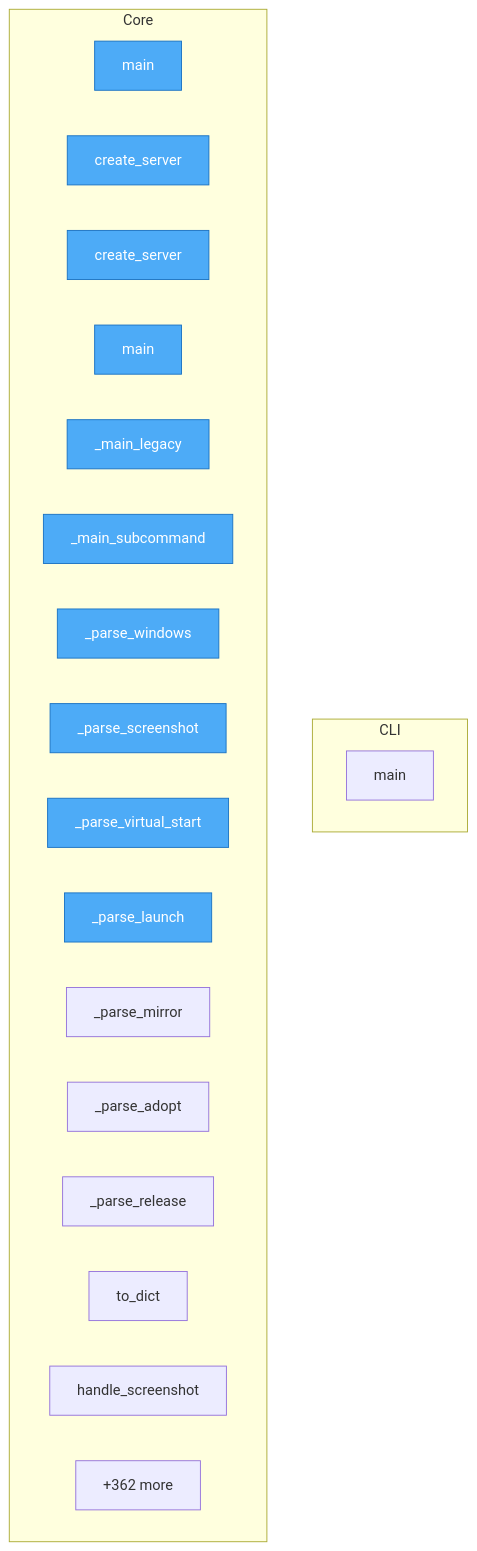
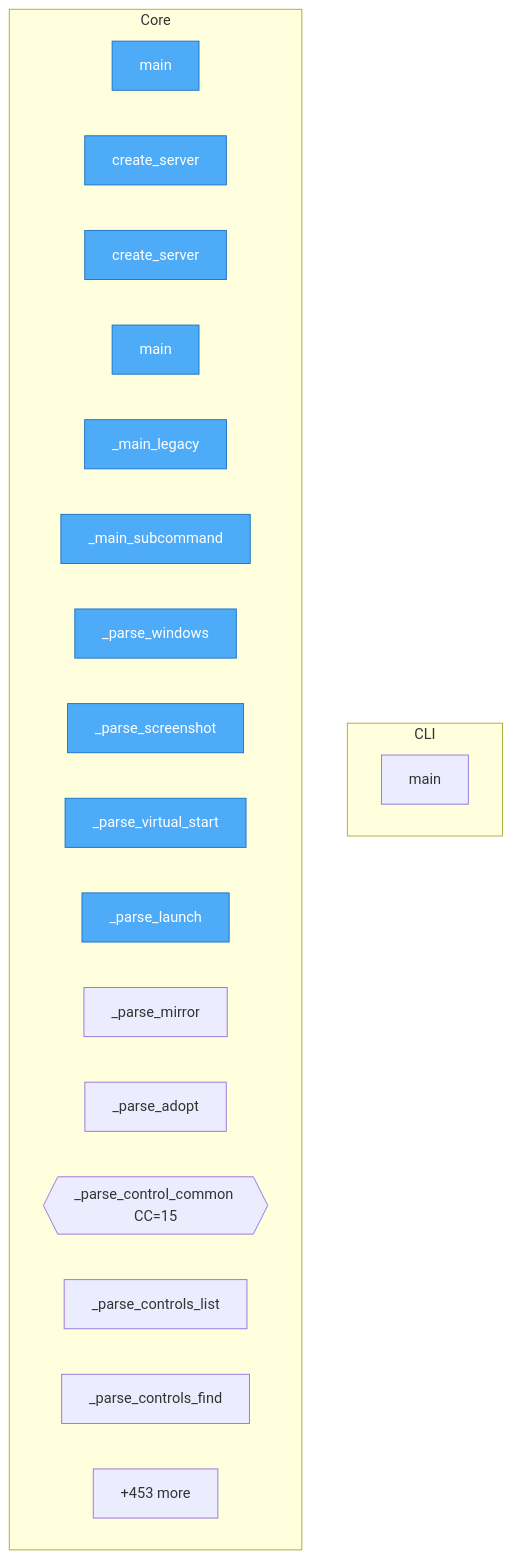
One commit to wronai/vdisplay changed the diagram in project/flow.mmd. Above: the diagram before and after it, drawn with Mermaid. The commit also changed 90 other files, not shown here.

```diff
--- a/project/flow.mmd
+++ b/project/flow.mmd
@@ -1,30 +1,30 @@
 flowchart TD
-%% generated in 0.02s
+%% generated in 0.03s
 
     %% Entry points (blue)
     classDef entry fill:#4dabf7,stroke:#1971c2,color:#fff
 
     subgraph CLI
         packages__cli2vdisplay__src__cli2vdisplay__cli__main["main"]
     end
 
     subgraph Core
         packages__mcp2vdisplay__src__mcp2vdisplay__cli__main["main"]
         packages__mcp2vdisplay__src__mcp2vdisplay__cli__create_server["create_server"]
         packages__mcp2vdisplay__src__mcp2vdisplay__server__create_server["create_server"]
         packages__dsl2vdisplay__src__dsl2vdisplay__cli__main["main"]
         packages__dsl2vdisplay__src__dsl2vdisplay__cli___main_legacy["_main_legacy"]
         packages__dsl2vdisplay__src__dsl2vdisplay__cli___main_subcommand["_main_subcommand"]
         packages__dsl2vdisplay__src__dsl2vdisplay__grammar___parse_windows["_parse_windows"]
         packages__dsl2vdisplay__src__dsl2vdisplay__grammar___parse_screenshot["_parse_screenshot"]
         packages__dsl2vdisplay__src__dsl2vdisplay__grammar___parse_virtual_start["_parse_virtual_start"]
         packages__dsl2vdisplay__src__dsl2vdisplay__grammar___parse_launch["_parse_launch"]
         packages__dsl2vdisplay__src__dsl2vdisplay__grammar___parse_mirror["_parse_mirror"]
         packages__dsl2vdisplay__src__dsl2vdisplay__grammar___parse_adopt["_parse_adopt"]
-        packages__dsl2vdisplay__src__dsl2vdisplay__grammar___parse_release["_parse_release"]
-        packages__dsl2vdisplay__src__dsl2vdisplay__result__DslResult__to_dict["to_dict"]
-        packages__dsl2vdisplay__src__dsl2vdisplay__handlers__command__handle_screenshot["handle_screenshot"]
-        ...["+362 more"]
+        packages__dsl2vdisplay__src__dsl2vdisplay__grammar___parse_control_common{{_parse_control_common CC=15}}
+        packages__dsl2vdisplay__src__dsl2vdisplay__grammar___parse_controls_list["_parse_controls_list"]
+        packages__dsl2vdisplay__src__dsl2vdisplay__grammar___parse_controls_find["_parse_controls_find"]
+        ...["+453 more"]
     end
 
     class packages__mcp2vdisplay__src__mcp2vdisplay__cli__main,packages__mcp2vdisplay__src__mcp2vdisplay__cli__create_server,packages__mcp2vdisplay__src__mcp2vdisplay__server__create_server,packages__dsl2vdisplay__src__dsl2vdisplay__cli__main,packages__dsl2vdisplay__src__dsl2vdisplay__cli___main_legacy,packages__dsl2vdisplay__src__dsl2vdisplay__cli___main_subcommand,packages__dsl2vdisplay__src__dsl2vdisplay__grammar___parse_windows,packages__dsl2vdisplay__src__dsl2vdisplay__grammar___parse_screenshot,packages__dsl2vdisplay__src__dsl2vdisplay__grammar___parse_virtual_start,packages__dsl2vdisplay__src__dsl2vdisplay__grammar___parse_launch entry
```
